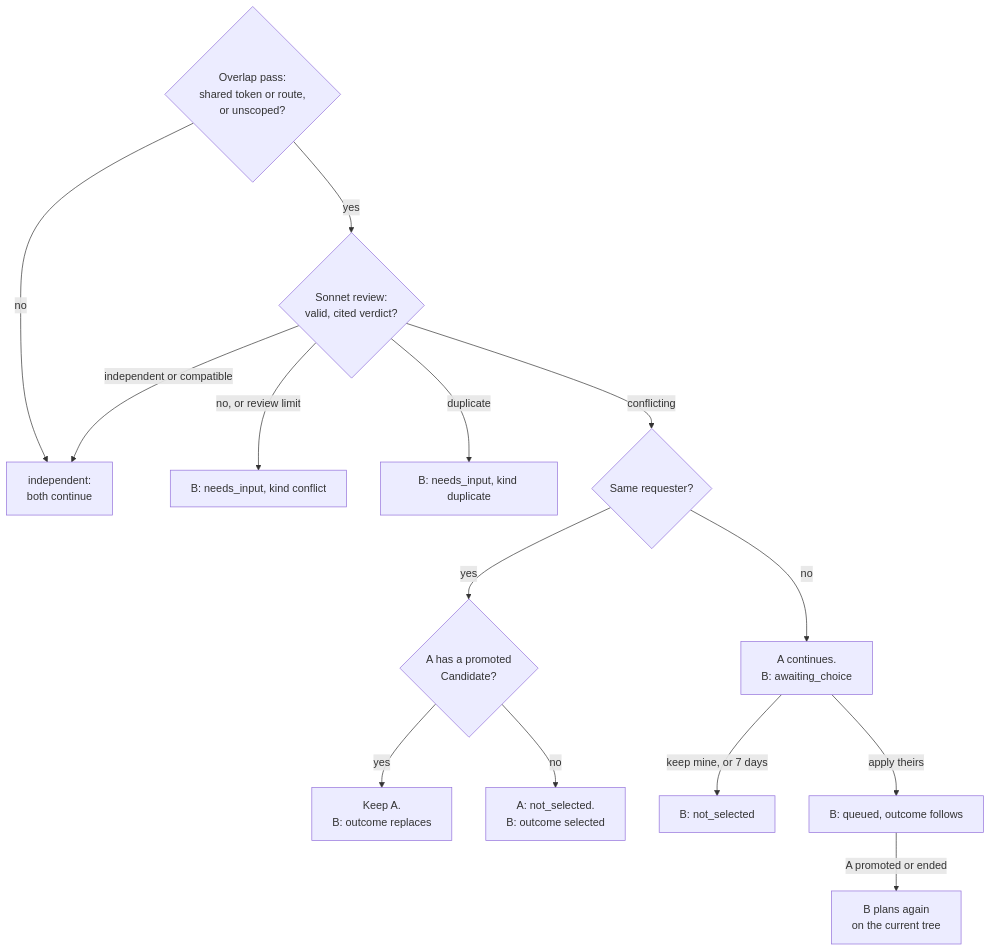
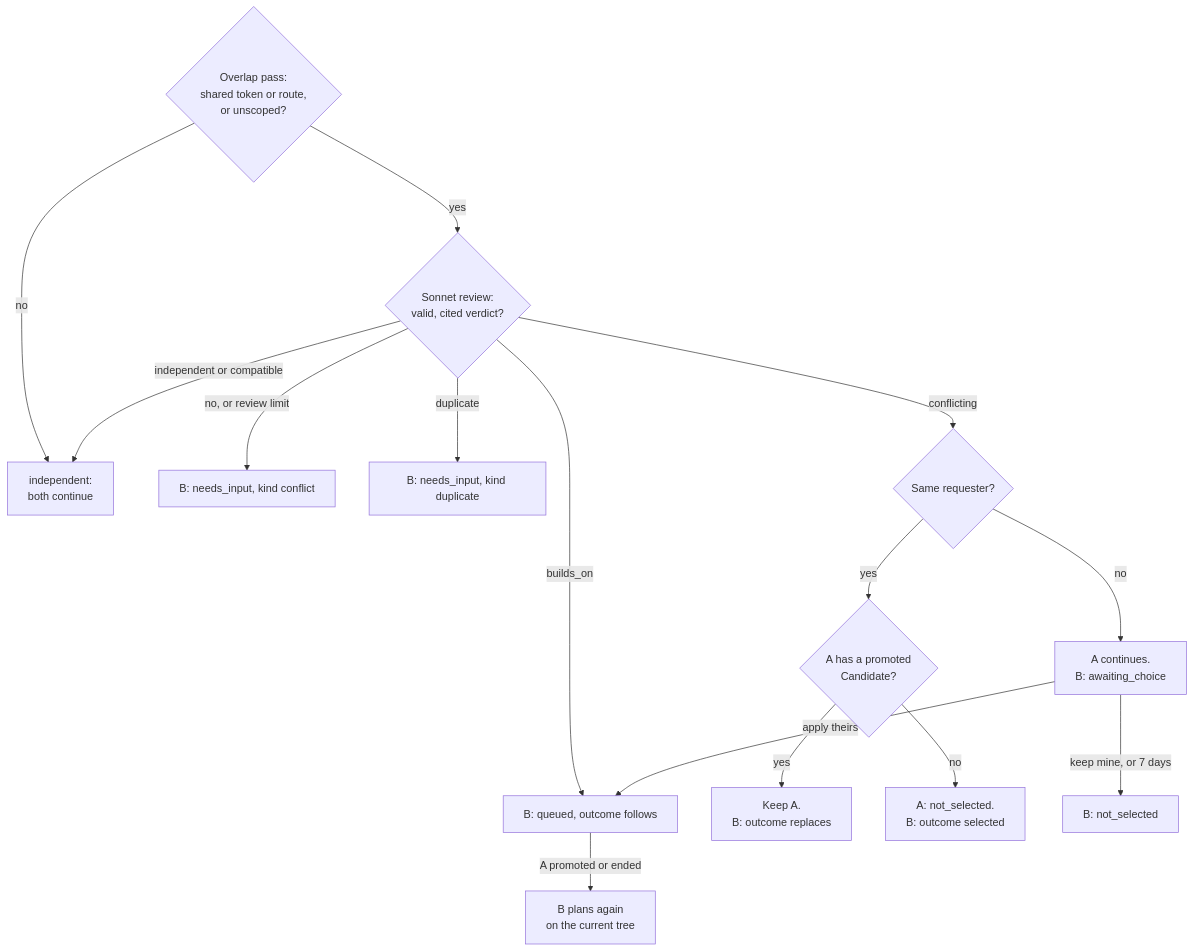
The fifth of 6 diagrams in docs/architecture/shared-projects.md (nsudhanva/rhumbatron), drawn with Mermaid before and after one commit. The commit also changed other lines of this file and 20 other files, not shown here.

````diff
--- a/docs/architecture/shared-projects.md
+++ b/docs/architecture/shared-projects.md
@@ -407,16 +411,17 @@
 ```mermaid
 flowchart TB
   O{"Overlap pass:<br/>shared token or route,<br/>or unscoped?"} -->|"no"| IND["independent:<br/>both continue"]
   O -->|"yes"| R{"Sonnet review:<br/>valid, cited verdict?"}
   R -->|"no, or review limit"| ASK["B: needs_input, kind conflict"]
   R -->|"independent or compatible"| IND
   R -->|"duplicate"| DUP["B: needs_input, kind duplicate"]
+  R -->|"builds_on"| Q
   R -->|"conflicting"| SR{"Same requester?"}
   SR -->|"yes"| PR{"A has a promoted<br/>Candidate?"}
   PR -->|"yes"| KEEP["Keep A.<br/>B: outcome replaces"]
   PR -->|"no"| CAN["A: not_selected.<br/>B: outcome selected"]
   SR -->|"no"| FC["A continues.<br/>B: awaiting_choice"]
   FC -->|"keep mine, or 7 days"| NOT["B: not_selected"]
   FC -->|"apply theirs"| Q["B: queued, outcome follows"]
   Q -->|"A promoted or ended"| RE["B plans again<br/>on the current tree"]
 ```
````
